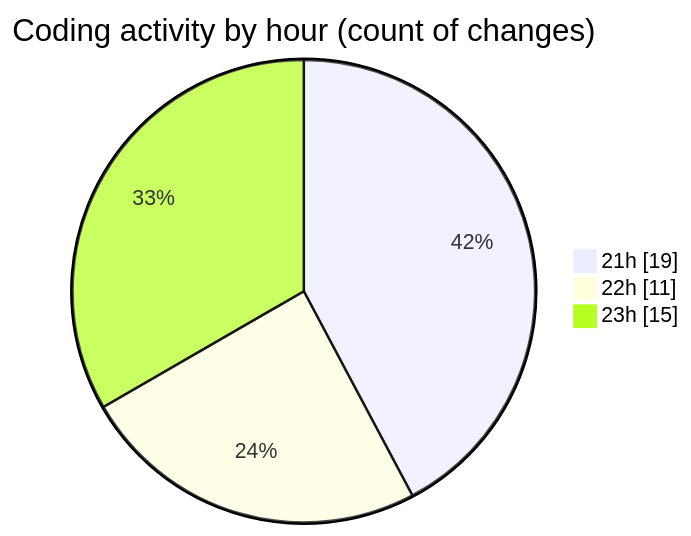
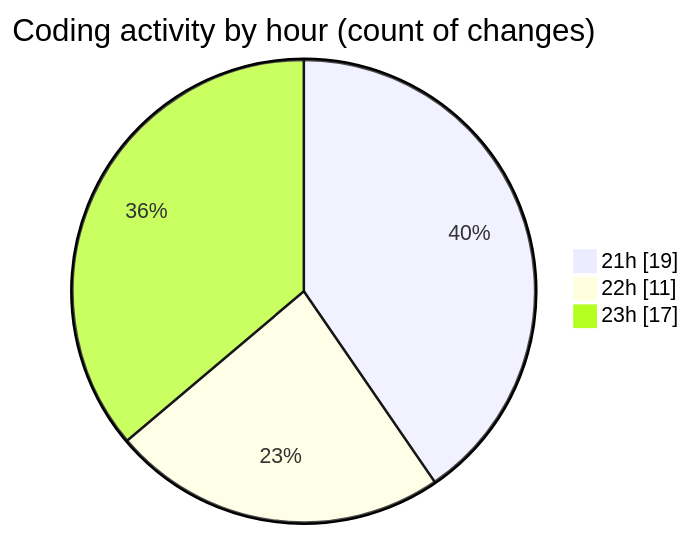
One commit to momahboobian/code-tracking changed the second of 2 diagrams in 2025-01-14/github-activity-tracker/README.md. Above: the diagram before and after it, drawn with Mermaid. The commit also changed other lines of this file and 1 other file, not shown here.

````diff
--- a/2025-01-14/github-activity-tracker/README.md
+++ b/2025-01-14/github-activity-tracker/README.md
@@ -35,7 +36,7 @@
 ```mermaid
 pie showData
 title Coding activity by hour (count of changes)
 "21h" : 19
 "22h" : 11
-"23h" : 15
+"23h" : 17
 ```
````
